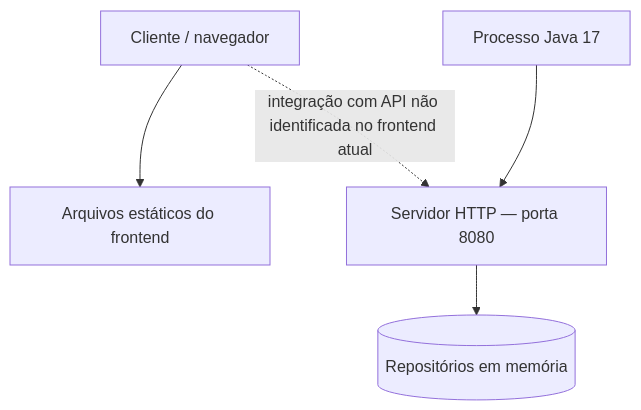
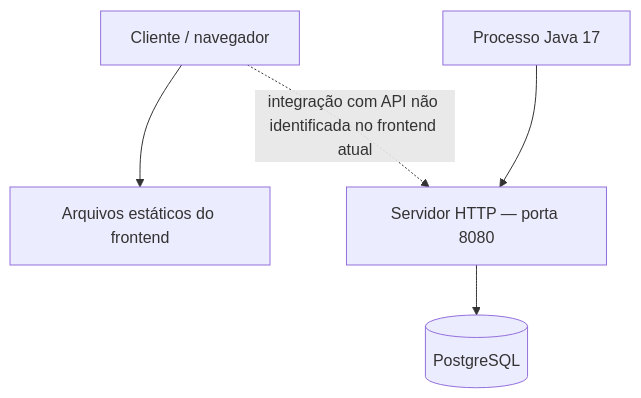
The third of 3 diagrams in docs/arquitetura/arquitetura.md (liviafgs/TrabalhoPratico-eng-software), drawn with Mermaid before and after one commit. The commit also changed other lines of this file and 40 other files, not shown here.

````diff
--- a/docs/arquitetura/arquitetura.md
+++ b/docs/arquitetura/arquitetura.md
@@ -124,7 +128,7 @@
 ```mermaid
 flowchart TB
     Cliente["Cliente / navegador"] --> Frontend["Arquivos estáticos do frontend"]
     Backend["Processo Java 17"] --> Servidor["Servidor HTTP — porta 8080"]
-    Servidor --> Memoria[("Repositórios em memória")]
+    Servidor --> PostgreSQL[("PostgreSQL")]
     Cliente -. "integração com API não identificada no frontend atual" .-> Servidor
 ```
````
